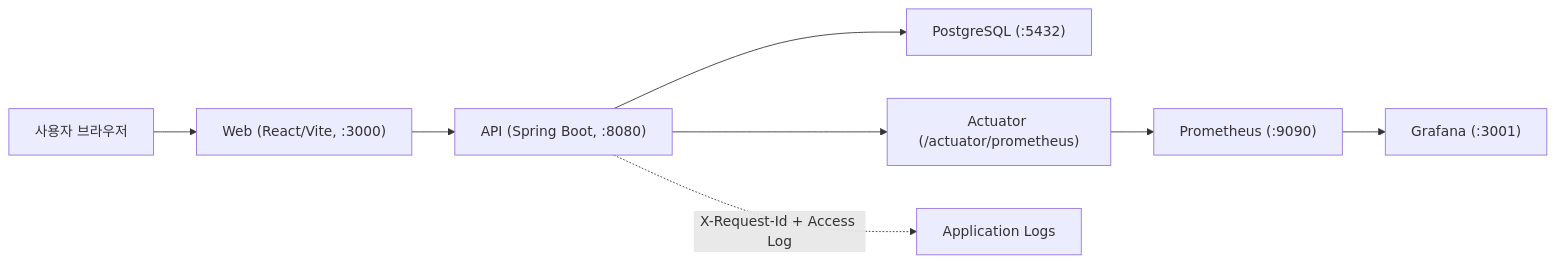
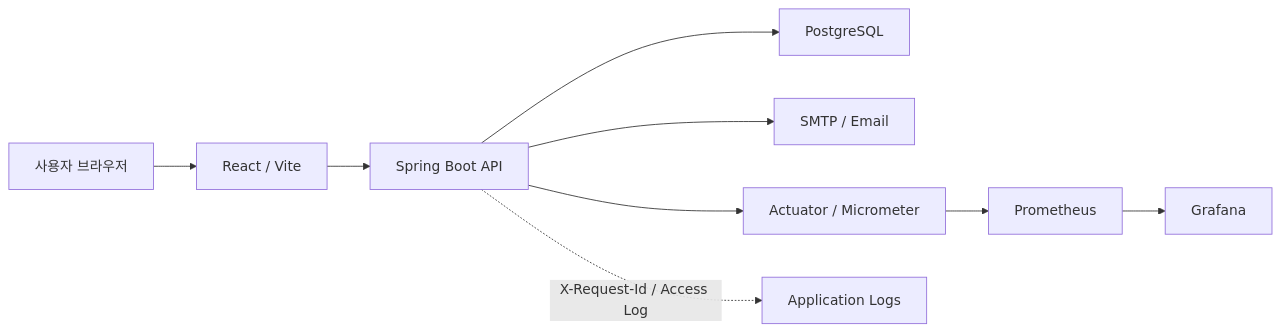
Before and after one commit to dawnpoems/task-reloader: the first of 2 diagrams in README_PORTFOLIO_KR.md, drawn with Mermaid. The commit also changed other lines of this file and 6 other files, not shown here.

````diff
--- a/README_PORTFOLIO_KR.md
+++ b/README_PORTFOLIO_KR.md
@@ -154,12 +109,11 @@
 ```mermaid
 flowchart LR
-    U["사용자 브라우저"] --> W["Web (React/Vite, :3000)"]
-    W --> A["API (Spring Boot, :8080)"]
-    A --> D["PostgreSQL (:5432)"]
-
-    A --> M["Actuator (/actuator/prometheus)"]
-    M --> P["Prometheus (:9090)"]
-    P --> G["Grafana (:3001)"]
-
-    A -. "X-Request-Id + Access Log" .-> L["Application Logs"]
+    User["사용자 브라우저"] --> Web["React / Vite"]
+    Web --> Api["Spring Boot API"]
+    Api --> Db["PostgreSQL"]
+    Api --> Mail["SMTP / Email"]
+    Api --> Metrics["Actuator / Micrometer"]
+    Metrics --> Prom["Prometheus"]
+    Prom --> Grafana["Grafana"]
+    Api -. "X-Request-Id / Access Log" .-> Logs["Application Logs"]
 ```
````
